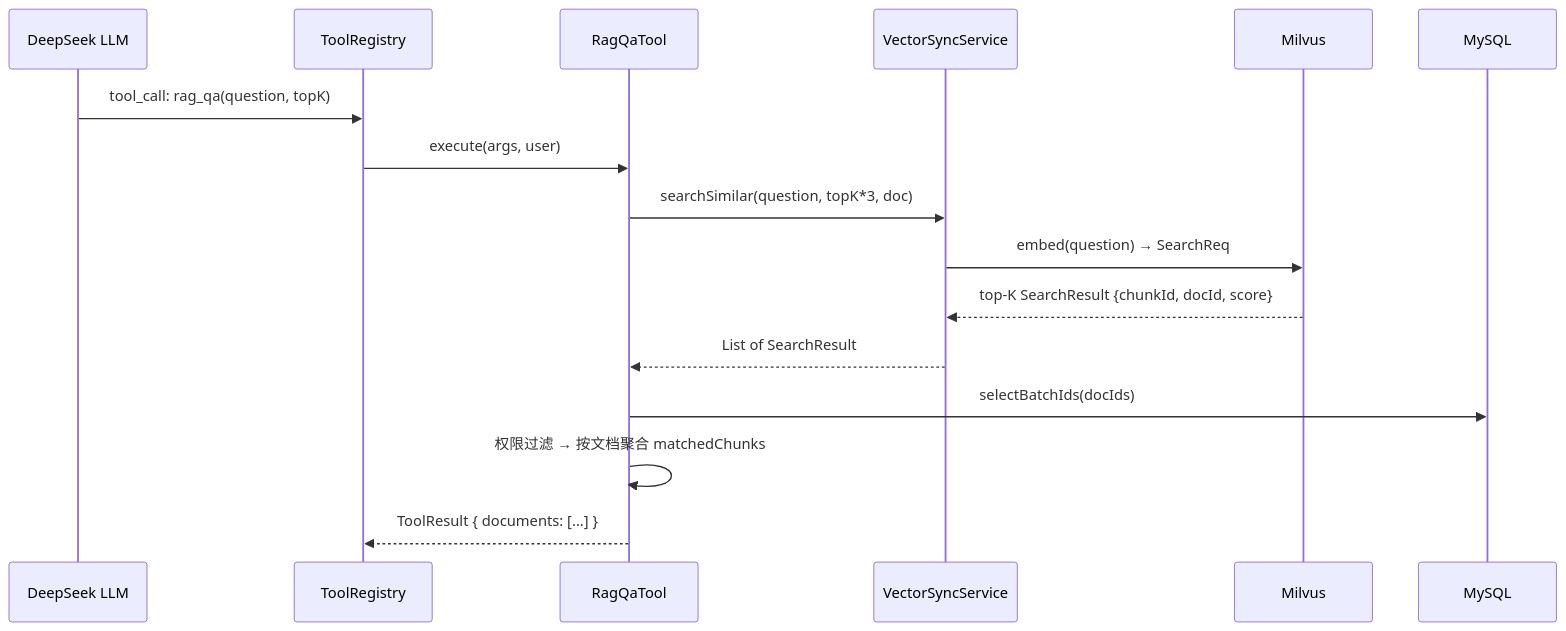
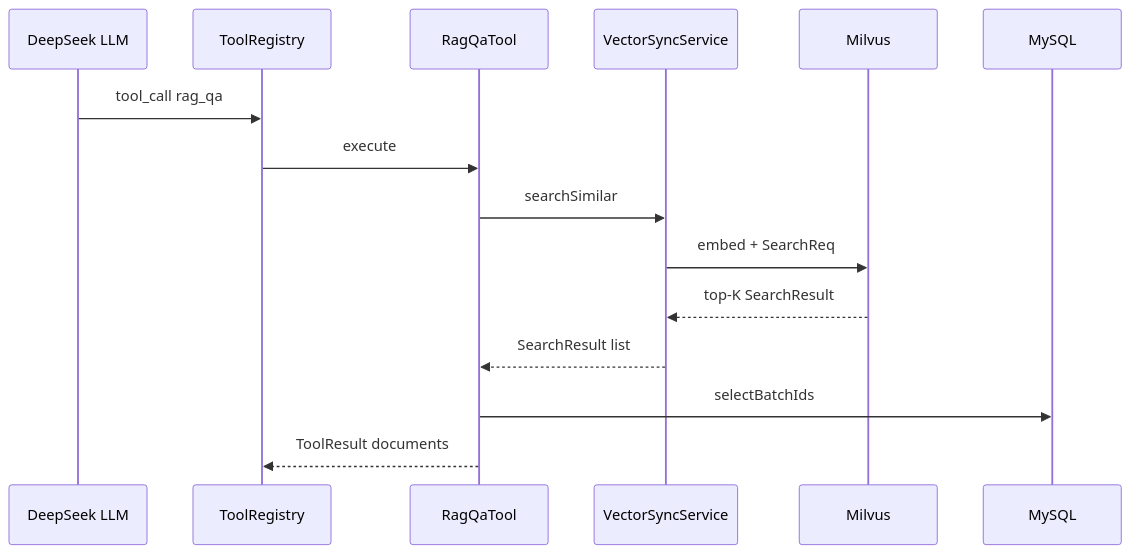
Before and after one commit to ZjlShenshiqing/EnterpriseKnowledgeWorkspace: diagram 31 of 36 in docs/knowledge-service-code-analysis.md, drawn with Mermaid. The commit also changed other lines of this file, not shown here.

First line of the commit message:
fix: 修复 Mermaid 时序图语法错误

````diff
--- a/docs/knowledge-service-code-analysis.md
+++ b/docs/knowledge-service-code-analysis.md
@@ -4122,19 +4117,18 @@
 ```mermaid
 sequenceDiagram
     participant LLM as DeepSeek LLM
     participant REG as ToolRegistry
     participant RAG as RagQaTool
     participant VEC as VectorSyncService
     participant MIL as Milvus
     participant DB as MySQL
 
-    LLM->>REG: tool_call: rag_qa(question, topK)
-    REG->>RAG: execute(args, user)
-    RAG->>VEC: searchSimilar(question, topK*3, doc)
-    VEC->>MIL: embed(question) → SearchReq
-    MIL-->>VEC: top-K SearchResult {chunkId, docId, score}
-    VEC-->>RAG: List of SearchResult
-    RAG->>DB: selectBatchIds(docIds)
-    RAG->>RAG: 权限过滤 → 按文档聚合 matchedChunks
-    RAG-->>REG: ToolResult { documents: [...] }
+    LLM->>REG: tool_call rag_qa
+    REG->>RAG: execute
+    RAG->>VEC: searchSimilar
+    VEC->>MIL: embed + SearchReq
+    MIL-->>VEC: top-K SearchResult
+    VEC-->>RAG: SearchResult list
+    RAG->>DB: selectBatchIds
+    RAG-->>REG: ToolResult documents
 ```
````
